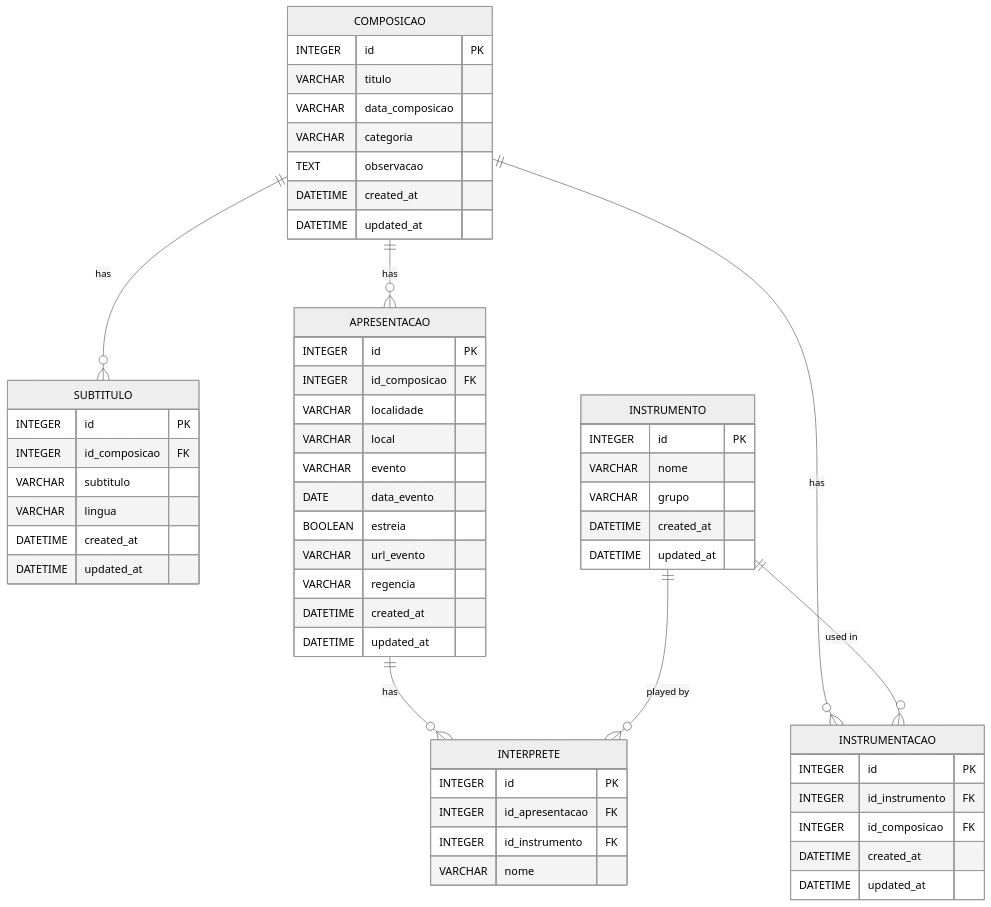
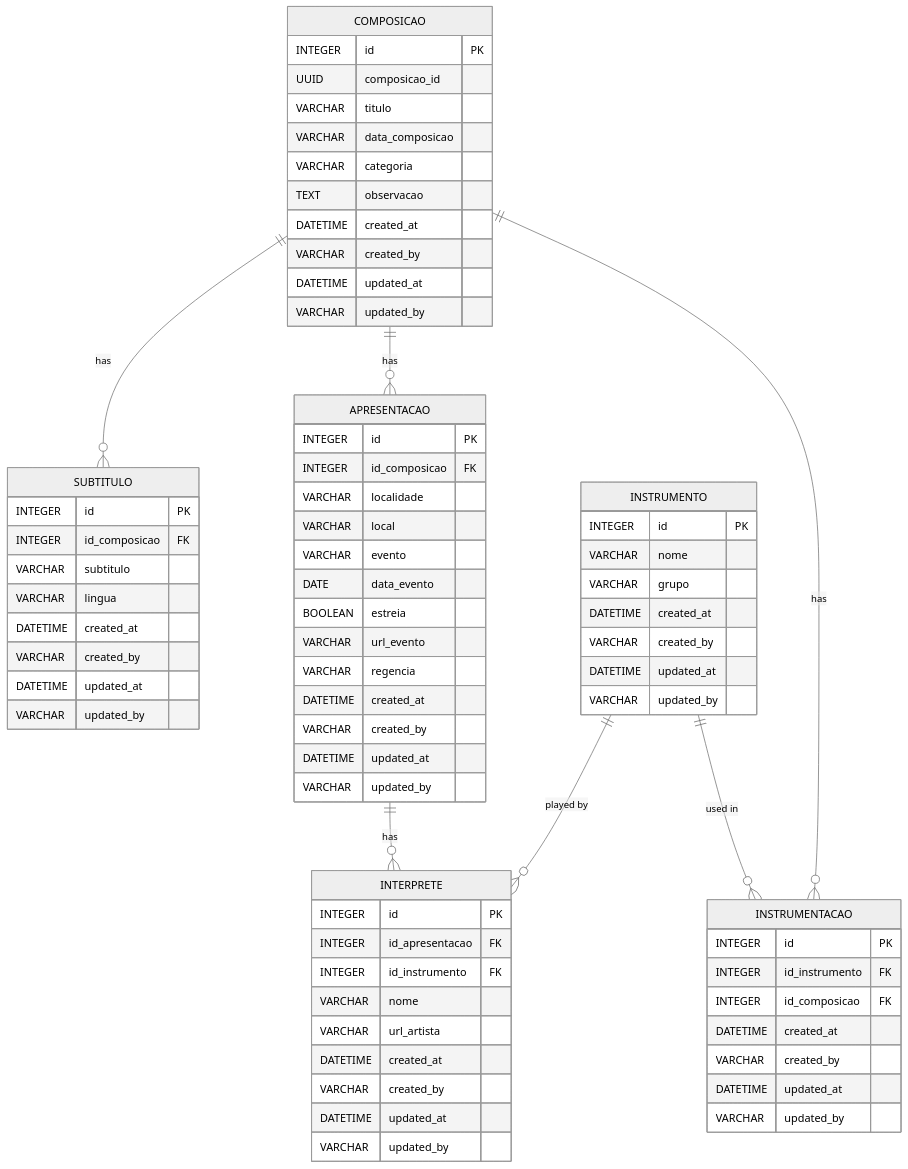
Before and after one commit to ortolanph/acervo_edson_backend: the diagram in documents/diagram.mermaid, drawn with Mermaid (neutral theme). The commit also changed 1 other file, not shown here.

```diff
--- a/documents/diagram.mermaid
+++ b/documents/diagram.mermaid
@@ -1,63 +1,79 @@
 erDiagram
     COMPOSICAO {
         INTEGER id PK
+        UUID composicao_id
         VARCHAR titulo
         VARCHAR data_composicao
         VARCHAR categoria
         TEXT observacao
         DATETIME created_at
+        VARCHAR created_by
         DATETIME updated_at
+        VARCHAR updated_by
     }
 
     SUBTITULO {
         INTEGER id PK
         INTEGER id_composicao FK
         VARCHAR subtitulo
         VARCHAR lingua
         DATETIME created_at
+        VARCHAR created_by
         DATETIME updated_at
+        VARCHAR updated_by
     }
 
     APRESENTACAO {
         INTEGER id PK
         INTEGER id_composicao FK
         VARCHAR localidade
         VARCHAR local
         VARCHAR evento
         DATE data_evento
         BOOLEAN estreia
         VARCHAR url_evento
         VARCHAR regencia
         DATETIME created_at
+        VARCHAR created_by
         DATETIME updated_at
+        VARCHAR updated_by
     }
 
     INSTRUMENTO {
         INTEGER id PK
         VARCHAR nome
         VARCHAR grupo
         DATETIME created_at
+        VARCHAR created_by
         DATETIME updated_at
+        VARCHAR updated_by
     }
 
     INSTRUMENTACAO {
         INTEGER id PK
         INTEGER id_instrumento FK
         INTEGER id_composicao FK
         DATETIME created_at
+        VARCHAR created_by
         DATETIME updated_at
+        VARCHAR updated_by
     }
 
     INTERPRETE {
         INTEGER id PK
         INTEGER id_apresentacao FK
         INTEGER id_instrumento FK
         VARCHAR nome
+        VARCHAR url_artista
+        DATETIME created_at
+        VARCHAR created_by
+        DATETIME updated_at
+        VARCHAR updated_by
     }
 
     COMPOSICAO ||--o{ SUBTITULO : "has"
     COMPOSICAO ||--o{ APRESENTACAO : "has"
     COMPOSICAO ||--o{ INSTRUMENTACAO : "has"
-    INSTRUMENTO ||--o{ INSTRUMENTACAO : "used in"
     APRESENTACAO ||--o{ INTERPRETE : "has"
     INSTRUMENTO ||--o{ INTERPRETE : "played by"
+    INSTRUMENTO ||--o{ INSTRUMENTACAO : "used in"
```
